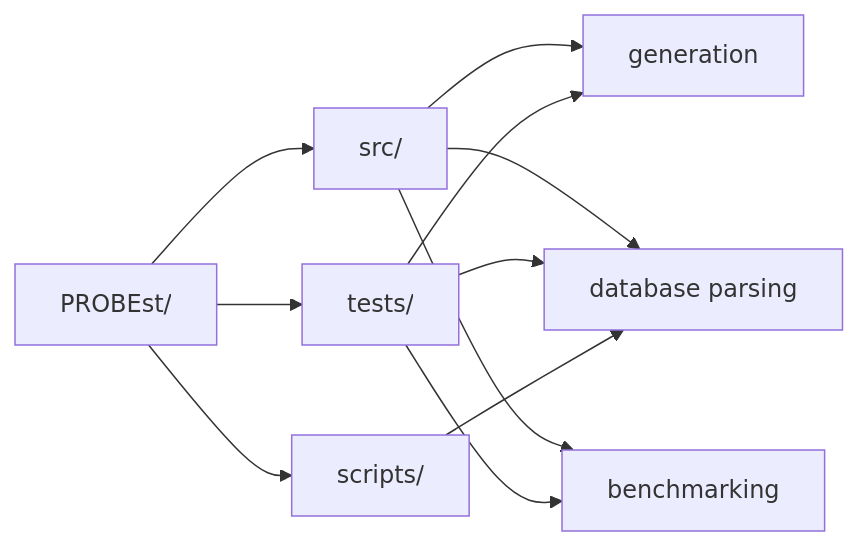
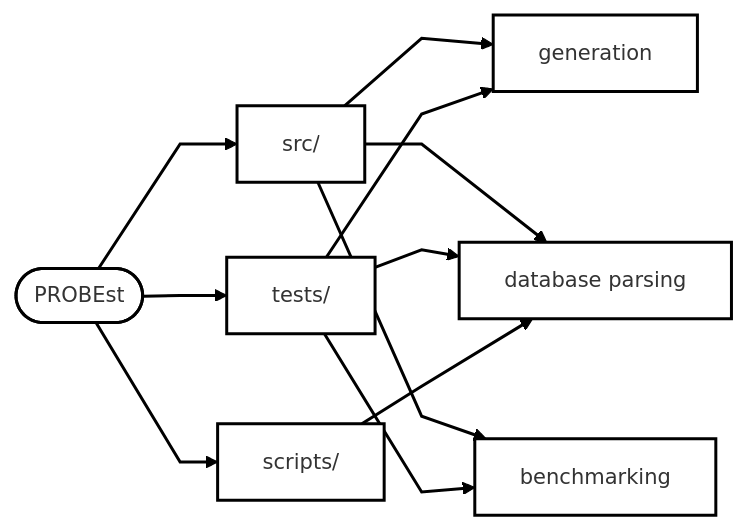
Before and after one commit to CTLab-ITMO/PROBEst: the second of 2 diagrams in README.md, drawn with Mermaid. The commit also changed other lines of this file and 16 other files, not shown here.

````diff
--- a/README.md
+++ b/README.md
@@ -107,16 +197,30 @@
 ```mermaid
+---
+config:
+  flowchart: 
+    curve: linear
+  theme: neo
+  look: classic
+  style:
+    node:
+      borderColor: linear-gradient(to right, #FFAC1C, #90EE90)
+      fill: white
+    edge:
+      color: black
+    subgraph:
+      borderStyle: dotted
+---
 graph LR
-    PROBEst[PROBEst/] --> src[src/]
+    PROBEst([PROBEst]) --> src[src/]
     PROBEst --> tests[tests/]
     PROBEst --> scripts[scripts/]
     
     src --> A[generation]
     src --> B[database parsing]
     src --> C[benchmarking]
     tests --> A
     tests --> B
     tests --> C
     
-    
     scripts --> B[database parsing]
 ```
````
